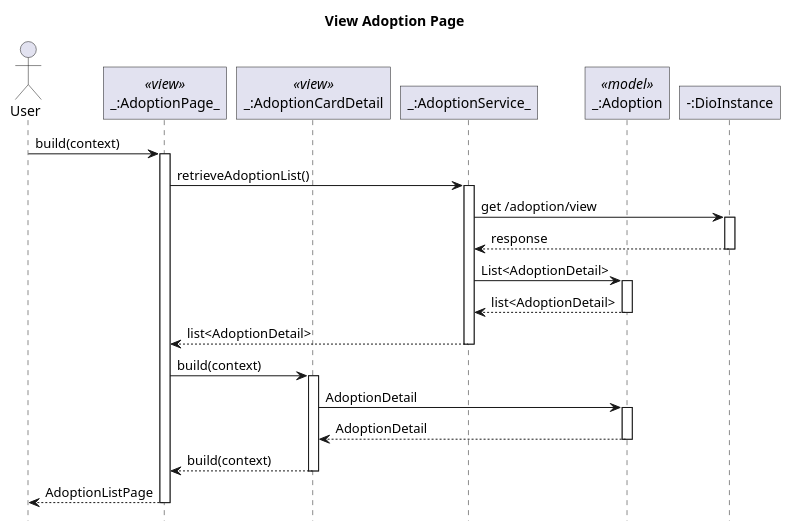
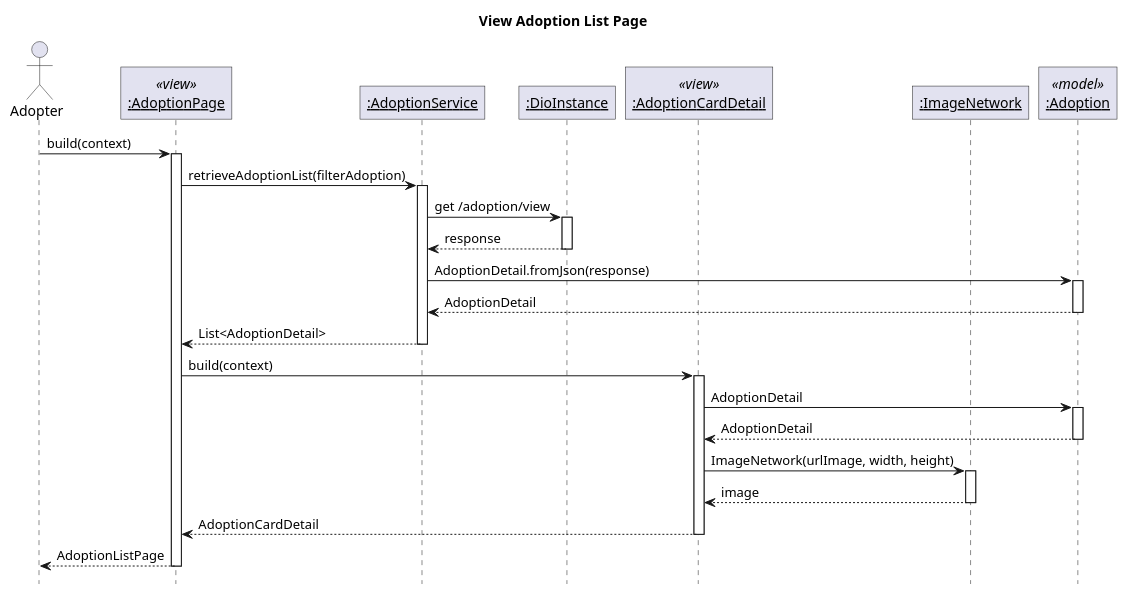
Before and after one commit to sharoncedila/FO_woofers: the diagram in lib/plantuml/adoption/view adoption list.puml, drawn with PlantUML. The commit also changed 31 other files, not shown here.

Commit message:
push updated sequence plantuml

```diff
--- a/lib/plantuml/adoption/view adoption list.puml
+++ b/lib/plantuml/adoption/view adoption list.puml
@@ -1,34 +1,37 @@
-@startuml ViewAdoptionPage
+@startuml View Adoption List Page
 ' Global param
-title View Adoption Page
+title View Adoption List Page
 autoactivate on
 
 ' Global style configuration
 skinparam RoundCorner 0
 hide footbox
 
 ' Sequence participant configuration
-actor User
-participant "_:AdoptionPage_" as Page <<view>>
-participant "_:AdoptionCardDetail" as Card <<view>>
-participant "_:AdoptionService_" as Service
-participant "_:Adoption" as Model <<model>>
-participant "-:DioInstance" as Dio
+actor "Adopter" as User
+participant "__:AdoptionPage__" as Page <<view>>
+participant "__:AdoptionService__" as Service
+participant "__:DioInstance__" as Dio
+participant "__:AdoptionCardDetail__" as Card <<view>>
+participant "__:ImageNetwork__" as Image
+participant "__:Adoption__" as Model <<model>>
 
 
 ' Sequence diagram
 User -> Page: build(context)
-Page -> Service : retrieveAdoptionList()
+Page -> Service : retrieveAdoptionList(filterAdoption)
 Service -> Dio : get /adoption/view
 Service <-- Dio : response
-Service -> Model : List<AdoptionDetail>
-Service <-- Model : list<AdoptionDetail>
-Page <-- Service : list<AdoptionDetail>
+Service -> Model : AdoptionDetail.fromJson(response)
+Service <-- Model : AdoptionDetail
+Page <-- Service : List<AdoptionDetail>
 Page -> Card : build(context)
 Card -> Model : AdoptionDetail
 Card <-- Model : AdoptionDetail
-Page <-- Card : build(context)
+Card -> Image: ImageNetwork(urlImage, width, height)
+Card <-- Image: image
+Page <-- Card : AdoptionCardDetail
 User <-- Page: AdoptionListPage
 
 
 @enduml
```
